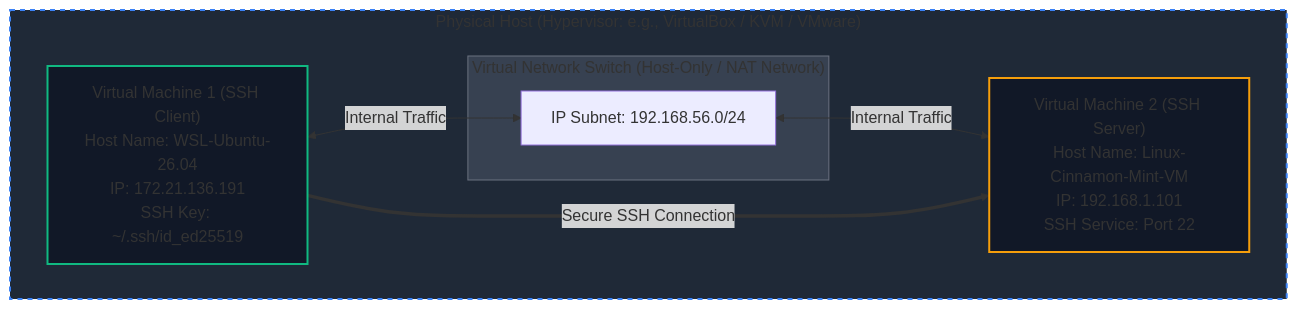
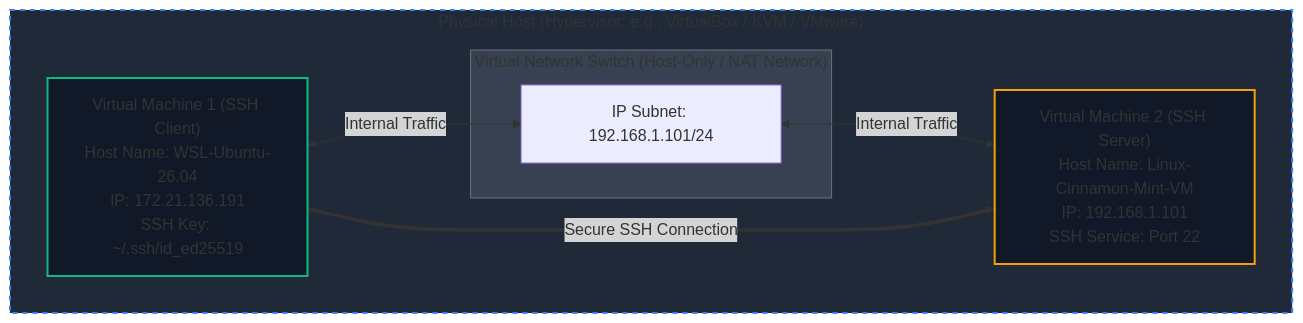
The diagram in README.md (tcharboneau/linux-ssh-lab), drawn with Mermaid before and after one commit. The commit also changed other lines of this file, not shown here.

Commit message:
Modify IP subnet and enhance verification section
Updated the IP subnet in the network diagram and added a reference to a new image for SCP verification.

````diff
--- a/README.md
+++ b/README.md
@@ -22,22 +22,22 @@
 ```mermaid
 graph TD
     %% Styling
     style Host fill:#1f2937,stroke:#3b82f6,stroke-width:2px,stroke-dasharray: 5 5;
     style VM1 fill:#111827,stroke:#10b981,stroke-width:2px;
     style VM2 fill:#111827,stroke:#f59e0b,stroke-width:2px;
     style Switch fill:#374151,stroke:#6b7280,stroke-width:1px;
 
     subgraph Host ["Physical Host (Hypervisor: e.g., VirtualBox / KVM / VMware)"]
         subgraph Switch ["Virtual Network Switch (Host-Only / NAT Network)"]
-            Net[IP Subnet: 192.168.56.0/24]
+            Net[IP Subnet: 192.168.1.101/24]
         end
 
         VM1["Virtual Machine 1 (SSH Client)<br/>Host Name: WSL-Ubuntu-26.04<br/>IP: 172.21.136.191<br/>SSH Key: ~/.ssh/id_ed25519"]
         VM2["Virtual Machine 2 (SSH Server)<br/>Host Name: Linux-Cinnamon-Mint-VM<br/>IP: 192.168.1.101<br/>SSH Service: Port 22"]
     end
 
     %% Connections
     VM1 <-->|Internal Traffic| Net
     Net <-->|Internal Traffic| VM2
     VM1 ==>|Secure SSH Connection| VM2
 ```
````
